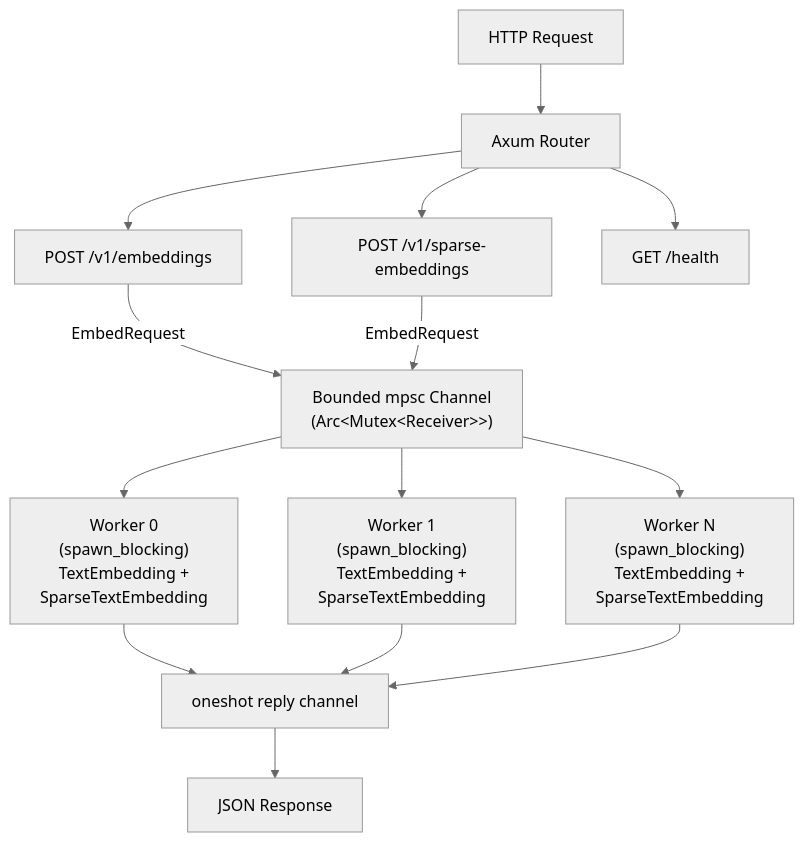
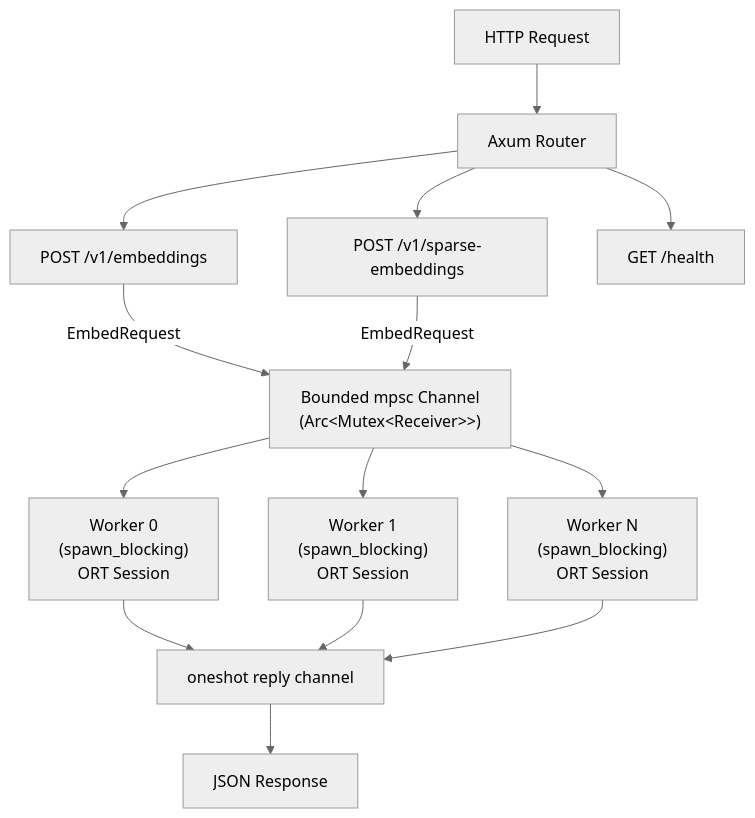
The diagram in README.md (Fulton-Engineering-Services/bge-m3-embedding-server), drawn with Mermaid (neutral theme) before and after one commit. The commit also changed other lines of this file, not shown here.

````diff
--- a/README.md
+++ b/README.md
@@ -225,28 +237,28 @@
 ```mermaid
 graph TD
     Client["HTTP Request"]
     Router["Axum Router"]
     Dense["POST /v1/embeddings"]
     Sparse["POST /v1/sparse-embeddings"]
     Health["GET /health"]
     Channel["Bounded mpsc Channel<br/>(Arc&lt;Mutex&lt;Receiver&gt;&gt;)"]
-    W0["Worker 0<br/>(spawn_blocking)<br/>TextEmbedding +<br/>SparseTextEmbedding"]
-    W1["Worker 1<br/>(spawn_blocking)<br/>TextEmbedding +<br/>SparseTextEmbedding"]
-    Wn["Worker N<br/>(spawn_blocking)<br/>TextEmbedding +<br/>SparseTextEmbedding"]
+    W0["Worker 0<br/>(spawn_blocking)<br/>ORT Session"]
+    W1["Worker 1<br/>(spawn_blocking)<br/>ORT Session"]
+    Wn["Worker N<br/>(spawn_blocking)<br/>ORT Session"]
     Reply["oneshot reply channel"]
     Response["JSON Response"]
 
     Client --> Router
     Router --> Dense
     Router --> Sparse
     Router --> Health
     Dense -->|"EmbedRequest"| Channel
     Sparse -->|"EmbedRequest"| Channel
     Channel --> W0
     Channel --> W1
     Channel --> Wn
     W0 --> Reply
     W1 --> Reply
     Wn --> Reply
     Reply --> Response
 ```
````
